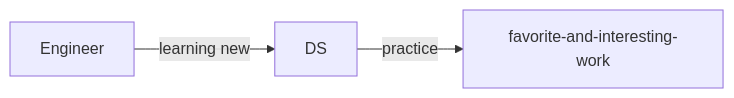
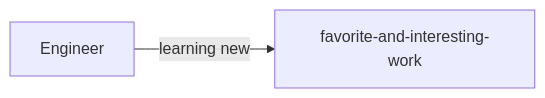
The diagram in readme.md (Mirckos/Yandex_Practicum), drawn with Mermaid before and after one commit. The commit also changed other lines of this file, not shown here.

````diff
--- a/readme.md
+++ b/readme.md
@@ -16,5 +14,4 @@
 ```mermaid
 graph LR;
-  Engineer -- "learning new" --> DS;
-  DS -- "practice" --> favorite-and-interesting-work;
+  Engineer -- "learning new" --> favorite-and-interesting-work;
 ``` 
````
